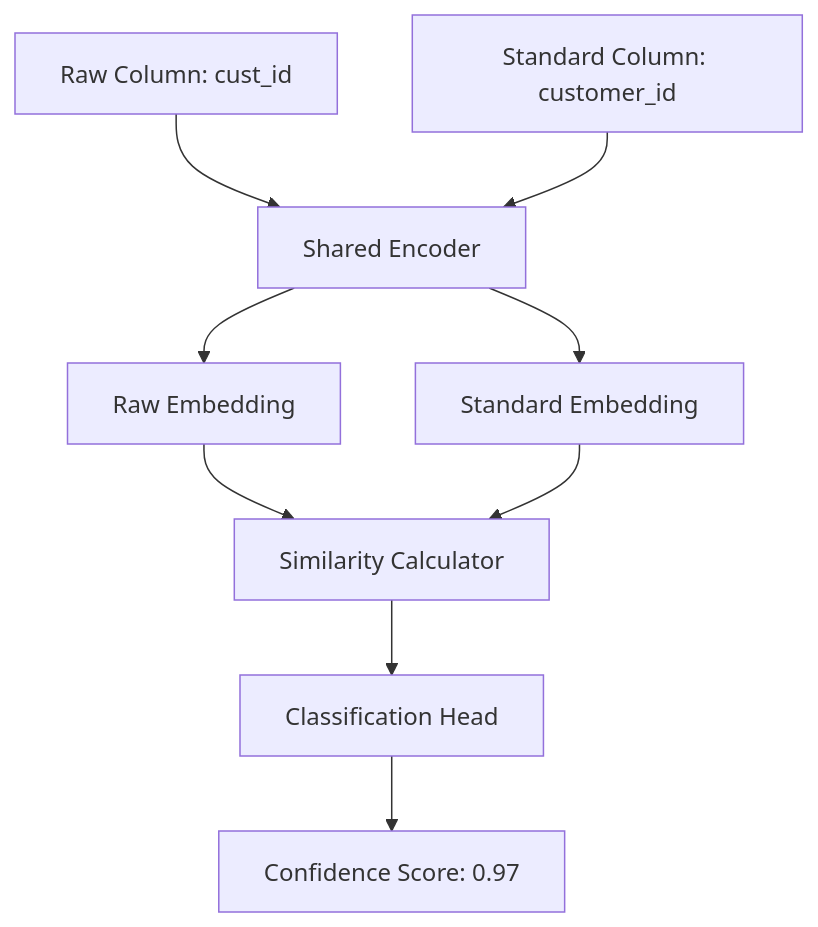
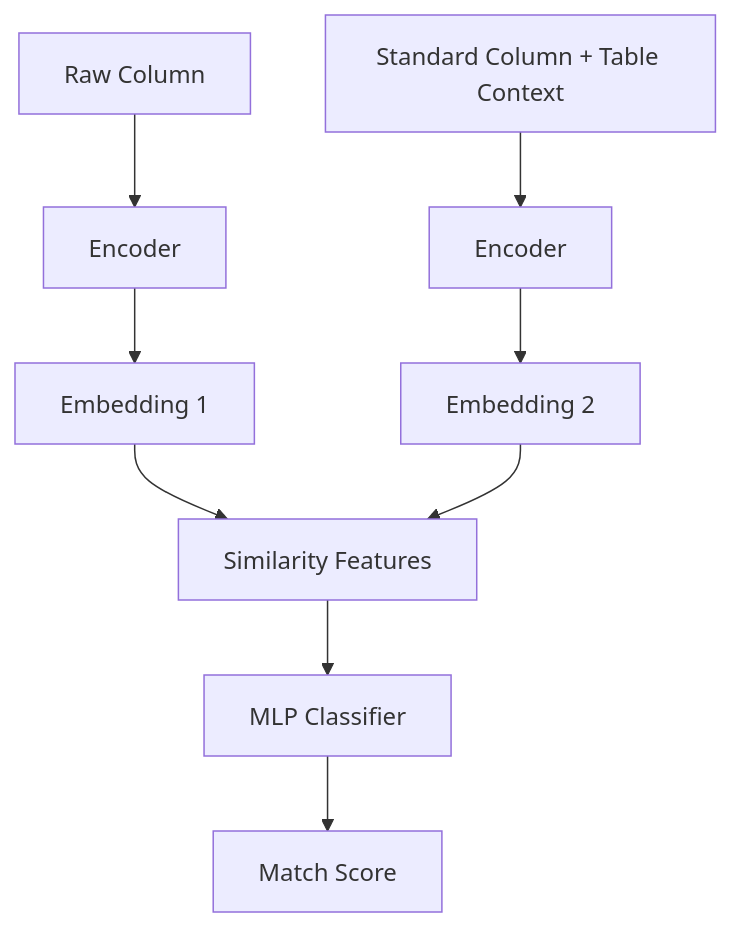
One commit to harisj58/ontology_mapping changed the second of 2 diagrams in README.md. Above: the diagram before and after it, drawn with Mermaid. The commit also changed other lines of this file and 1 other file, not shown here.

````diff
--- a/README.md
+++ b/README.md
@@ -64,11 +90,11 @@
 ```mermaid
-graph TB
-    A["Raw Column: cust_id"] --> B[Shared Encoder]
-    C["Standard Column: customer_id"] --> B
-    B --> D[Raw Embedding]
-    B --> E[Standard Embedding]
-    D --> F[Similarity Calculator]
-    E --> F
-    F --> G[Classification Head]
-    G --> H["Confidence Score: 0.97"]
+graph TD
+    A[Raw Column] --> B[Encoder]
+    C[Standard Column + Table Context] --> D[Encoder]
+    B --> E[Embedding 1]
+    D --> F[Embedding 2]
+    E --> G[Similarity Features]
+    F --> G
+    G --> H[MLP Classifier]
+    H --> I[Match Score]
 ```
````
